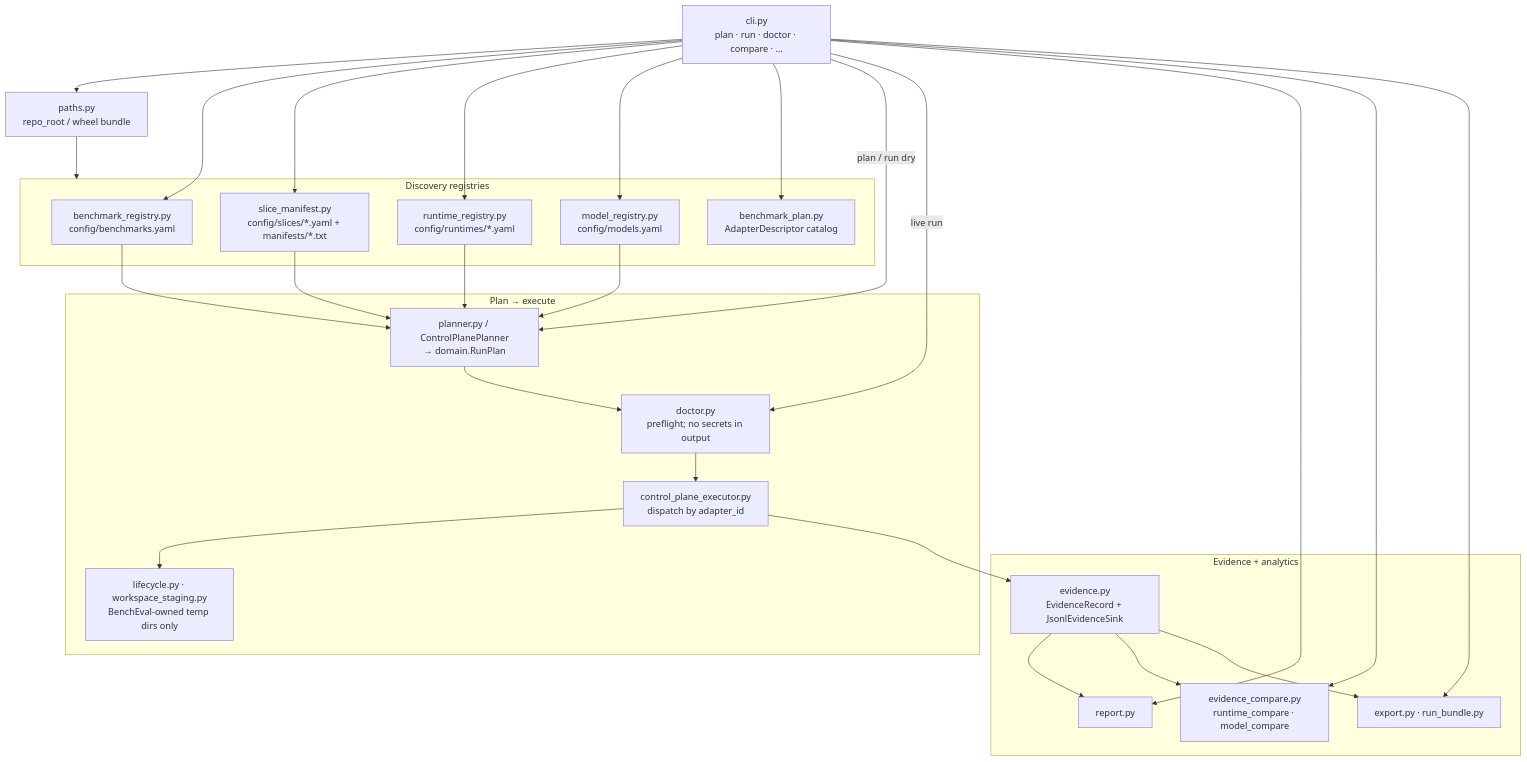
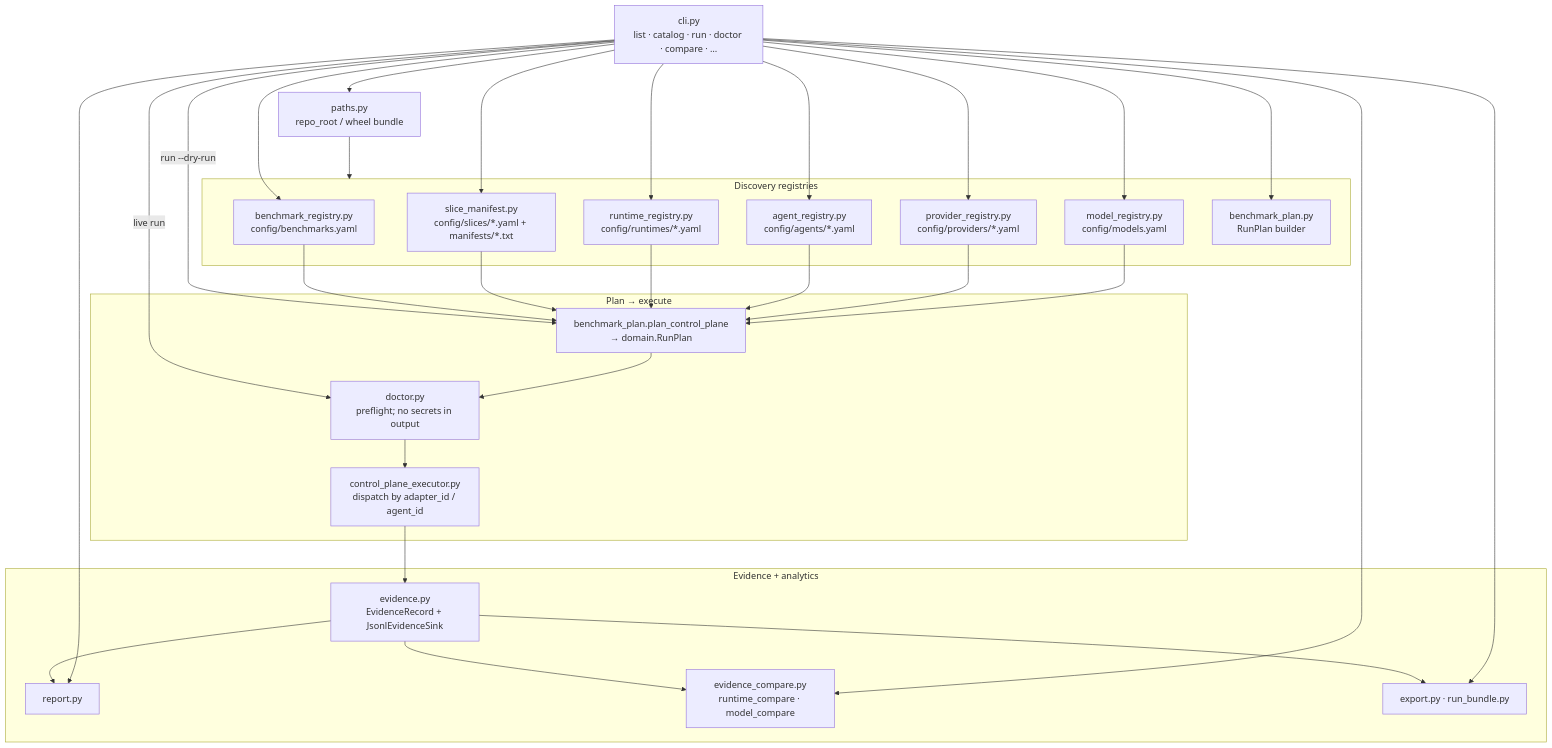
Before and after one commit to Lyther/BenchEval: the diagram in docs/diagrams/control-plane-components.md, drawn with Mermaid. The commit also changed other lines of this file and 323 other files, not shown here.

First line of the commit message:
feat(control-plane): prune to admitted product spine

````diff
--- a/docs/diagrams/control-plane-components.md
+++ b/docs/diagrams/control-plane-components.md
@@ -5,41 +5,41 @@
 ```mermaid
 flowchart TB
-    CLI["cli.py<br/>plan · run · doctor · compare · …"]
+    CLI["cli.py<br/>list · catalog · run · doctor · compare · …"]
 
     subgraph Discovery["Discovery registries"]
         BR["benchmark_registry.py<br/>config/benchmarks.yaml"]
         SM["slice_manifest.py<br/>config/slices/*.yaml + manifests/*.txt"]
         RR["runtime_registry.py<br/>config/runtimes/*.yaml"]
+        AR["agent_registry.py<br/>config/agents/*.yaml"]
+        PR["provider_registry.py<br/>config/providers/*.yaml"]
         MR["model_registry.py<br/>config/models.yaml"]
-        BP["benchmark_plan.py<br/>AdapterDescriptor catalog"]
+        BP["benchmark_plan.py<br/>RunPlan builder"]
     end
 
     subgraph PlanExec["Plan → execute"]
-        Plan["planner.py / ControlPlanePlanner<br/>→ domain.RunPlan"]
+        Plan["benchmark_plan.plan_control_plane<br/>→ domain.RunPlan"]
         Doc["doctor.py<br/>preflight; no secrets in output"]
-        CPE["control_plane_executor.py<br/>dispatch by adapter_id"]
-        Life["lifecycle.py · workspace_staging.py<br/>BenchEval-owned temp dirs only"]
+        CPE["control_plane_executor.py<br/>dispatch by adapter_id / agent_id"]
     end
 
     subgraph EvidenceOut["Evidence + analytics"]
         Ev["evidence.py<br/>EvidenceRecord + JsonlEvidenceSink"]
         Rep["report.py"]
         Cmp["evidence_compare.py<br/>runtime_compare · model_compare"]
         Exp["export.py · run_bundle.py"]
     end
 
     Paths["paths.py<br/>repo_root / wheel bundle"]
 
     CLI --> Paths
     Paths --> Discovery
-    CLI --> BR & SM & RR & MR & BP
-    CLI -->|plan / run dry| Plan
-    BR & SM & RR & MR --> Plan
+    CLI --> BR & SM & RR & AR & PR & MR & BP
+    CLI -->|run --dry-run| Plan
+    BR & SM & RR & AR & PR & MR --> Plan
     CLI -->|live run| Doc
     Plan --> Doc
     Doc --> CPE
-    CPE --> Life
     CPE --> Ev
     Ev --> Rep & Cmp & Exp
     CLI --> Rep & Cmp & Exp
 ```
````
